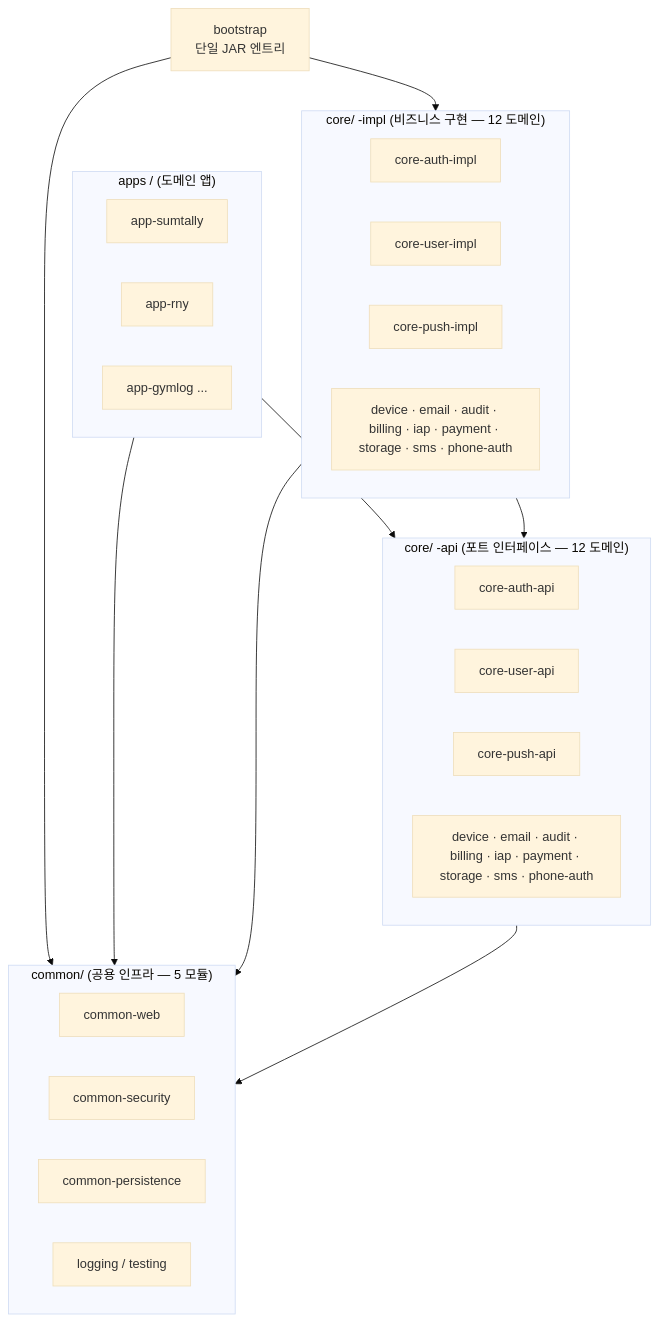
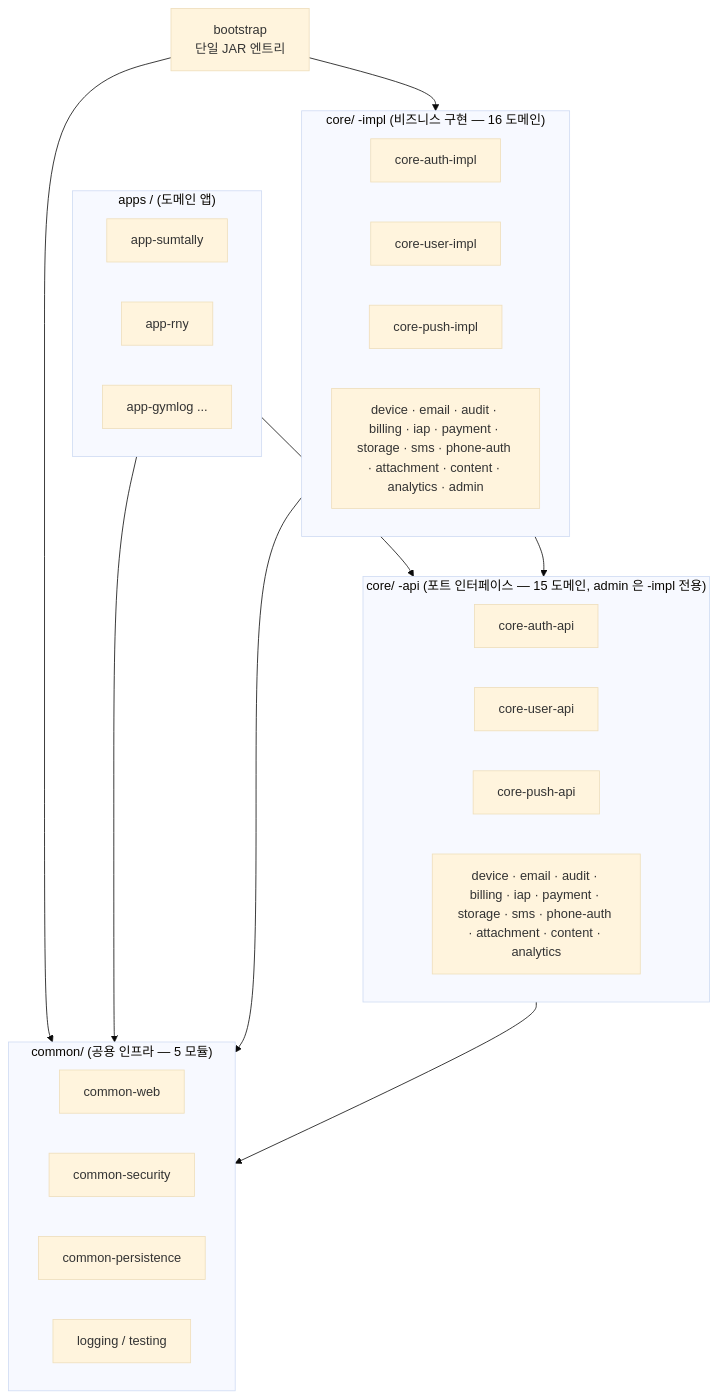
Before and after one commit to storkspear/docs-template-spring: the first of 2 diagrams in docs/philosophy/adr-001-modular-monolith.md, drawn with Mermaid (base theme). The commit also changed other lines of this file and 96 other files, not shown here.

````diff
--- a/docs/philosophy/adr-001-modular-monolith.md
+++ b/docs/philosophy/adr-001-modular-monolith.md
@@ -74,39 +74,39 @@
 ```mermaid
 flowchart TB
     bootstrap[bootstrap<br/>단일 JAR 엔트리]
 
     subgraph apps["apps / (도메인 앱)"]
         appA[app-sumtally]
         appB[app-rny]
         appN[app-gymlog ...]
     end
 
-    subgraph coreImpl["core/ -impl (비즈니스 구현 — 12 도메인)"]
+    subgraph coreImpl["core/ -impl (비즈니스 구현 — 16 도메인)"]
         authImpl[core-auth-impl]
         userImpl[core-user-impl]
         pushImpl[core-push-impl]
-        otherImpl[device · email · audit · billing · iap · payment · storage · sms · phone-auth]
+        otherImpl[device · email · audit · billing · iap · payment · storage · sms · phone-auth · attachment · content · analytics · admin]
     end
 
-    subgraph coreApi["core/ -api (포트 인터페이스 — 12 도메인)"]
+    subgraph coreApi["core/ -api (포트 인터페이스 — 15 도메인, admin 은 -impl 전용)"]
         authApi[core-auth-api]
         userApi[core-user-api]
         pushApi[core-push-api]
-        otherApi[device · email · audit · billing · iap · payment · storage · sms · phone-auth]
+        otherApi[device · email · audit · billing · iap · payment · storage · sms · phone-auth · attachment · content · analytics]
     end
 
     subgraph common["common/ (공용 인프라 — 5 모듈)"]
         web[common-web]
         sec[common-security]
         per[common-persistence]
         otherCommon[logging / testing]
     end
 
     bootstrap --> coreImpl
     bootstrap --> common
     apps --> coreApi
     apps --> common
     coreImpl --> coreApi
     coreImpl --> common
     coreApi --> common
 ```
````
